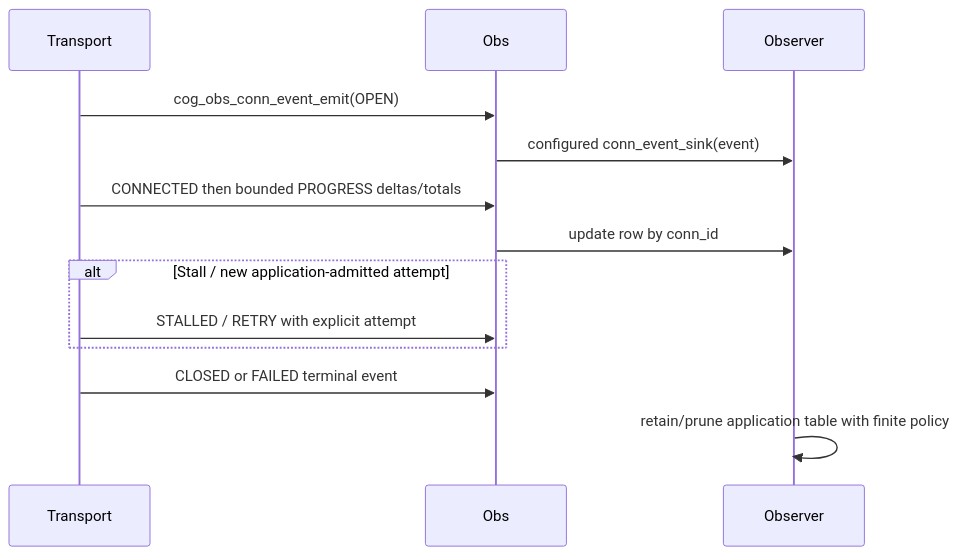
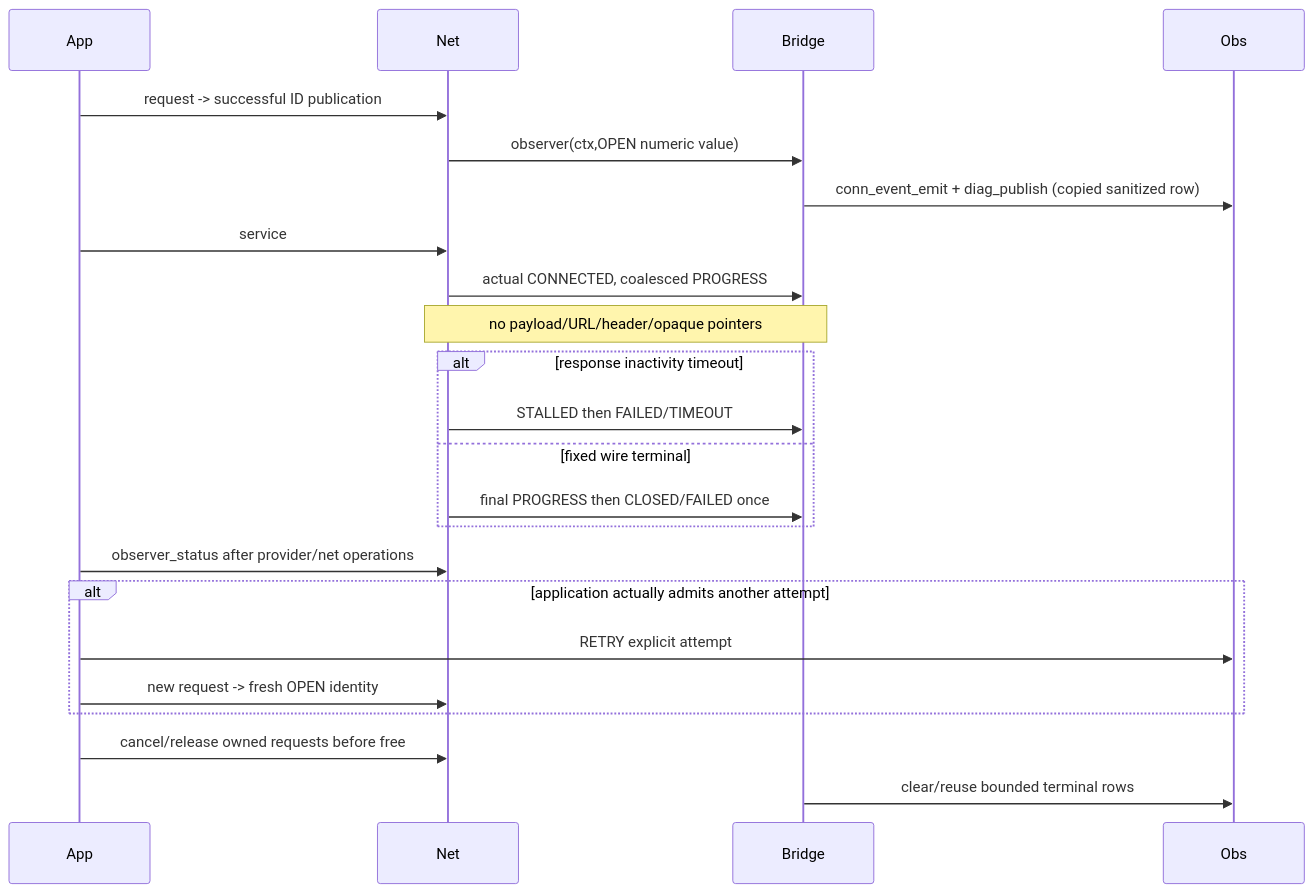
Before and after one commit to PortableWeasel/cog: the diagram in docs/scenarios/19-connection-events.md, drawn with Mermaid. The commit also changed other lines of this file and 3 other files, not shown here.

Commit message:
design(net): trace observation release failure and bounded bridge lifetimes

````diff
--- a/docs/scenarios/19-connection-events.md
+++ b/docs/scenarios/19-connection-events.md
@@ -9,15 +9,25 @@
 ```mermaid
 sequenceDiagram
-    participant Transport
+    participant App
+    participant Net
+    participant Bridge
     participant Obs
-    participant Observer
-    Transport->>Obs: cog_obs_conn_event_emit(OPEN)
-    Obs->>Observer: configured conn_event_sink(event)
-    Transport->>Obs: CONNECTED then bounded PROGRESS deltas/totals
-    Obs->>Observer: update row by conn_id
-    alt Stall / new application-admitted attempt
-      Transport->>Obs: STALLED / RETRY with explicit attempt
+    App->>Net: request -> successful ID publication
+    Net->>Bridge: observer(ctx,OPEN numeric value)
+    Bridge->>Obs: conn_event_emit + diag_publish (copied sanitized row)
+    App->>Net: service
+    Net->>Bridge: actual CONNECTED, coalesced PROGRESS
+    Note over Net,Bridge: no payload/URL/header/opaque pointers
+    alt response inactivity timeout
+      Net->>Bridge: STALLED then FAILED/TIMEOUT
+    else fixed wire terminal
+      Net->>Bridge: final PROGRESS then CLOSED/FAILED once
     end
-    Transport->>Obs: CLOSED or FAILED terminal event
-    Observer->>Observer: retain/prune application table with finite policy
+    App->>Net: observer_status after provider/net operations
+    alt application actually admits another attempt
+      App->>Obs: RETRY explicit attempt
+      App->>Net: new request -> fresh OPEN identity
+    end
+    App->>Net: cancel/release owned requests before free
+    Bridge->>Obs: clear/reuse bounded terminal rows
 ```
````
